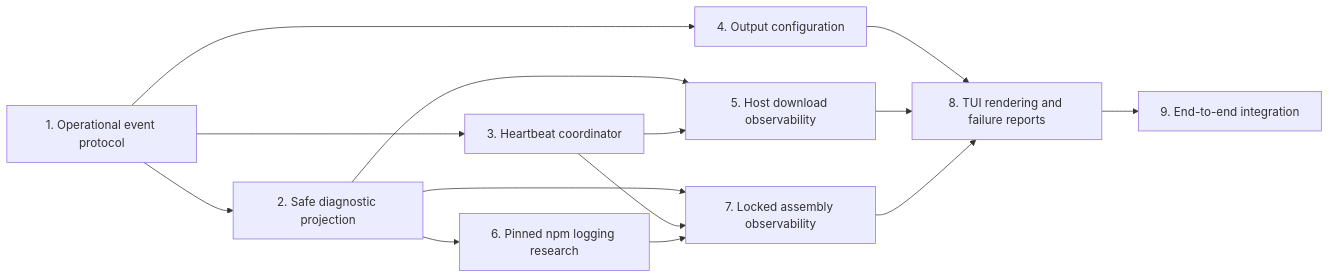
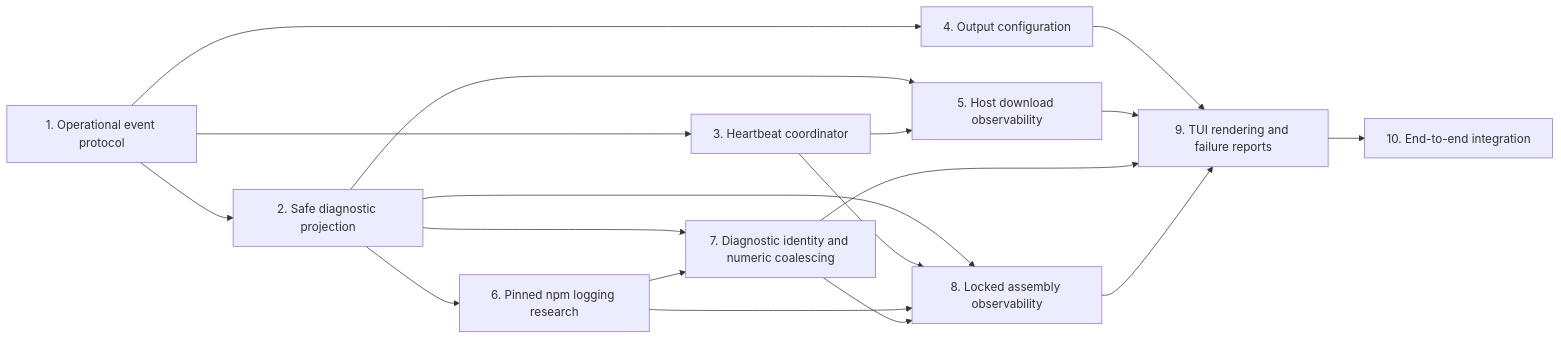
One commit to alexvas/docker-constructor changed the diagram in openspec/changes/improve-host-build-observability/tasks.md. Above: the diagram before and after it, drawn with Mermaid. The commit also changed other lines of this file and 4 other files, not shown here.

First line of the commit message:
Refine diagnostic coalescing and hidden URL identity plan

````diff
--- a/openspec/changes/improve-host-build-observability/tasks.md
+++ b/openspec/changes/improve-host-build-observability/tasks.md
@@ -9,26 +9,31 @@
 ```mermaid
 flowchart LR
     P1["1. Operational event protocol"]
     P2["2. Safe diagnostic projection"]
     P3["3. Heartbeat coordinator"]
     P4["4. Output configuration"]
     P5["5. Host download observability"]
     P6["6. Pinned npm logging research"]
-    P7["7. Locked assembly observability"]
-    P8["8. TUI rendering and failure reports"]
-    P9["9. End-to-end integration"]
+    P7["7. Diagnostic identity and numeric coalescing"]
+    P8["8. Locked assembly observability"]
+    P9["9. TUI rendering and failure reports"]
+    P10["10. End-to-end integration"]
 
     P1 --> P2
     P1 --> P3
     P1 --> P4
     P2 --> P5
     P3 --> P5
     P2 --> P6
     P2 --> P7
-    P3 --> P7
     P6 --> P7
-    P4 --> P8
-    P5 --> P8
+    P2 --> P8
+    P3 --> P8
+    P6 --> P8
     P7 --> P8
+    P4 --> P9
+    P5 --> P9
+    P7 --> P9
     P8 --> P9
+    P9 --> P10
 ```
````
